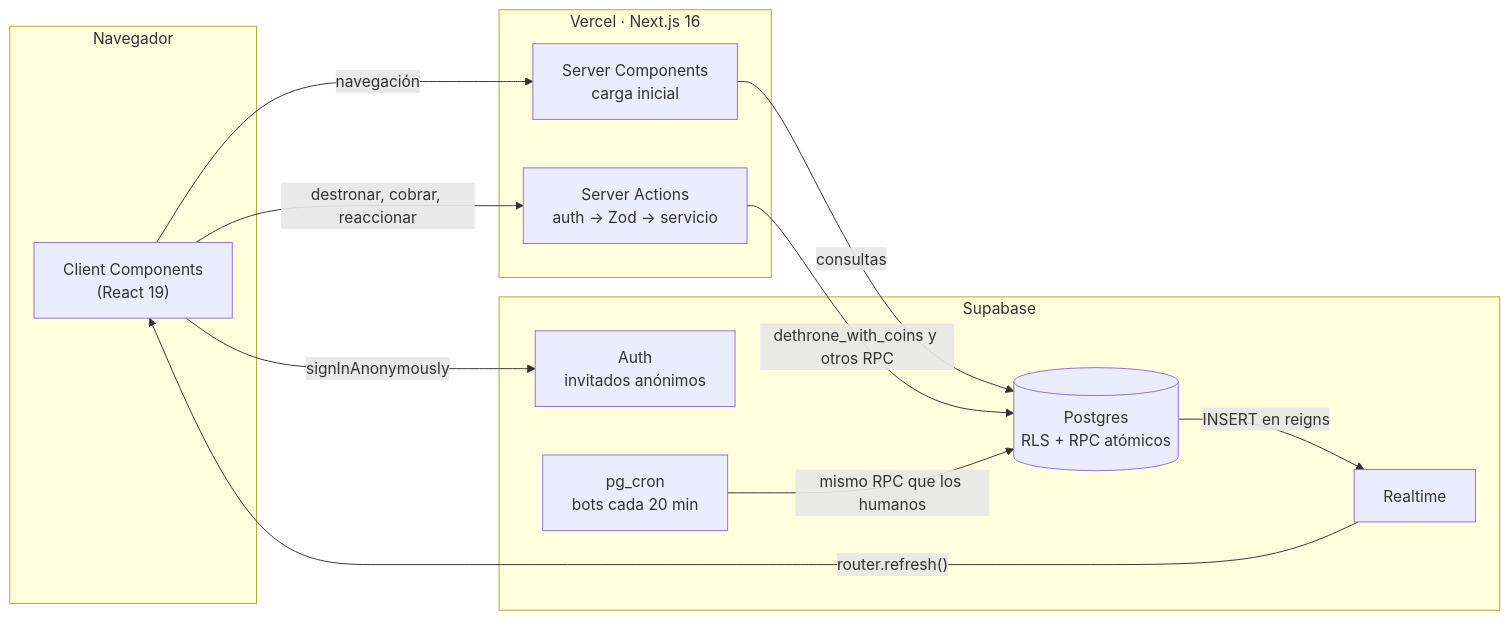
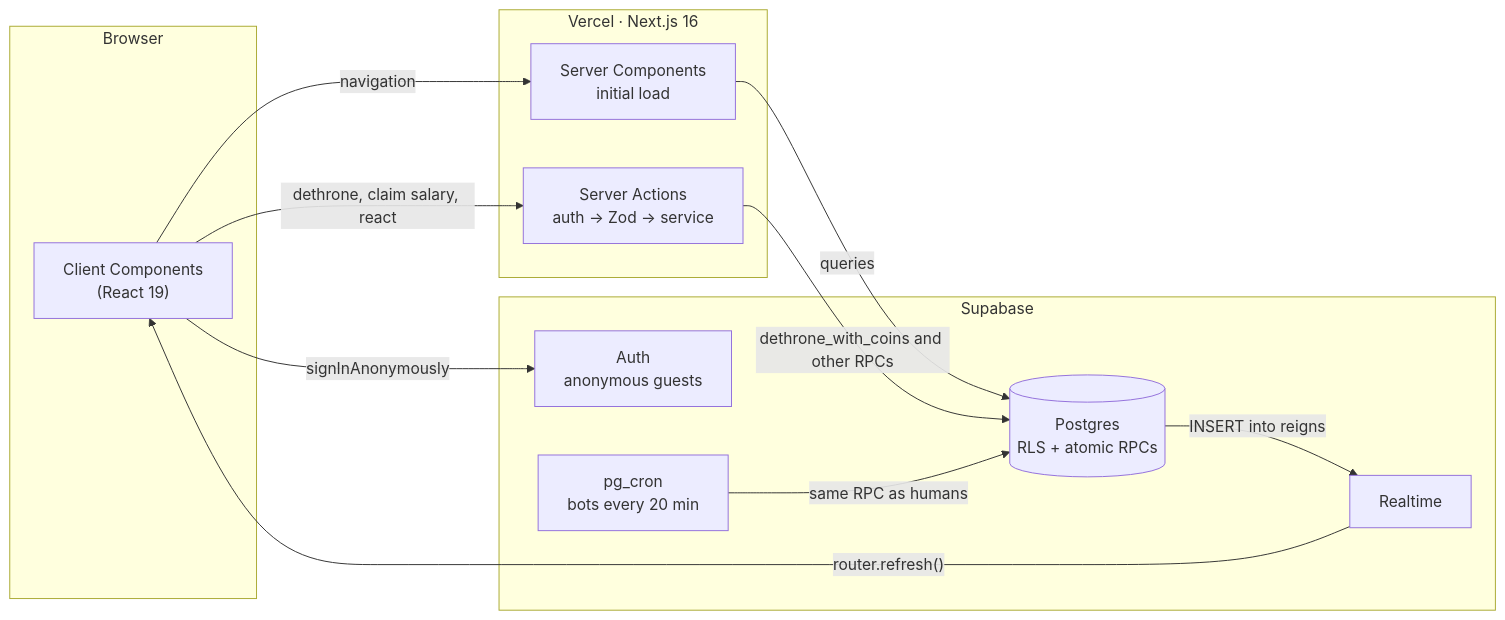
One commit to nicob201/coronateonline changed the diagram in README.md. Above: the diagram before and after it, drawn with Mermaid. The commit also changed other lines of this file and 2 other files, not shown here.

````diff
--- a/README.md
+++ b/README.md
@@ -30,27 +32,27 @@
 ```mermaid
 flowchart LR
-  subgraph Navegador
+  subgraph Browser
     UI["Client Components<br/>(React 19)"]
   end
 
   subgraph Vercel["Vercel · Next.js 16"]
-    RSC["Server Components<br/>carga inicial"]
-    SA["Server Actions<br/>auth → Zod → servicio"]
+    RSC["Server Components<br/>initial load"]
+    SA["Server Actions<br/>auth → Zod → service"]
   end
 
   subgraph Supabase
-    PG[("Postgres<br/>RLS + RPC atómicos")]
-    AUTH["Auth<br/>invitados anónimos"]
+    PG[("Postgres<br/>RLS + atomic RPCs")]
+    AUTH["Auth<br/>anonymous guests"]
     RT["Realtime"]
-    CRON["pg_cron<br/>bots cada 20 min"]
+    CRON["pg_cron<br/>bots every 20 min"]
   end
 
-  UI -- navegación --> RSC
-  UI -- destronar, cobrar, reaccionar --> SA
+  UI -- navigation --> RSC
+  UI -- dethrone, claim salary, react --> SA
   UI -- signInAnonymously --> AUTH
-  RSC -- consultas --> PG
-  SA -- "dethrone_with_coins y otros RPC" --> PG
-  CRON -- "mismo RPC que los humanos" --> PG
-  PG -- "INSERT en reigns" --> RT
+  RSC -- queries --> PG
+  SA -- "dethrone_with_coins and other RPCs" --> PG
+  CRON -- "same RPC as humans" --> PG
+  PG -- "INSERT into reigns" --> RT
   RT -- "router.refresh()" --> UI
 ```
````
